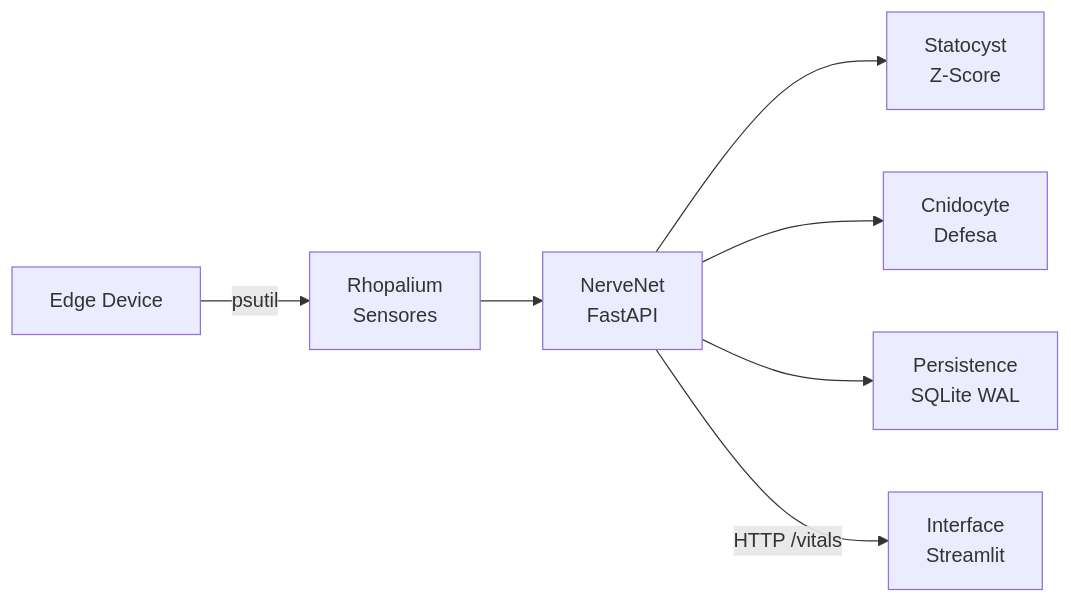
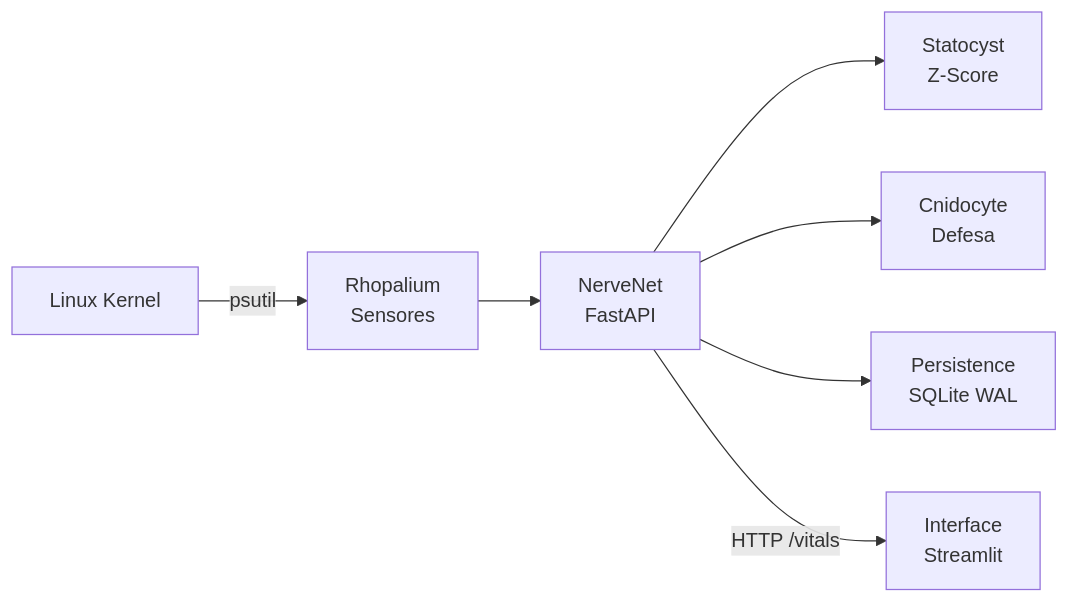
One commit to codeZ-coder/JellyV6 changed the diagram in README.md. Above: the diagram before and after it, drawn with Mermaid. The commit also changed other lines of this file, not shown here.

Commit message:
docs: update readme with professional structure and roadmap

````diff
--- a/README.md
+++ b/README.md
@@ -29,9 +47,9 @@
 ```mermaid
 graph LR
-    A[Edge Device] -->|psutil| R[Rhopalium<br/>Sensores]
+    A[Linux Kernel] -->|psutil| R[Rhopalium<br/>Sensores]
     R --> N[NerveNet<br/>FastAPI]
     N --> S[Statocyst<br/>Z-Score]
     N --> C[Cnidocyte<br/>Defesa]
     N --> P[Persistence<br/>SQLite WAL]
     N -->|HTTP /vitals| I[Interface<br/>Streamlit]
 ```
````
